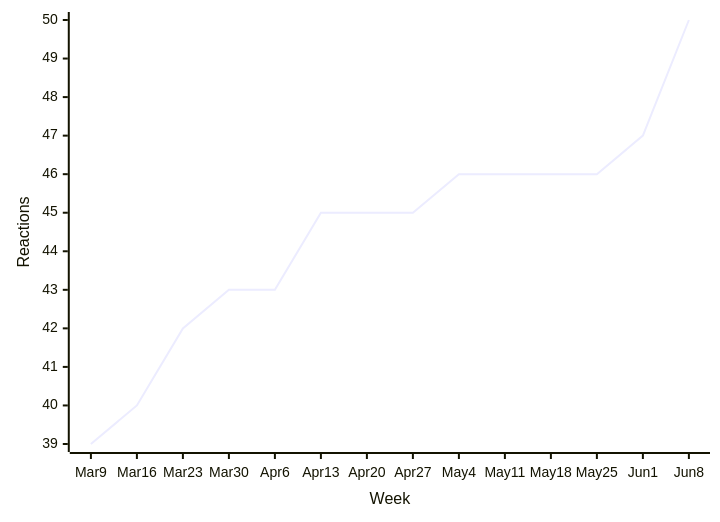
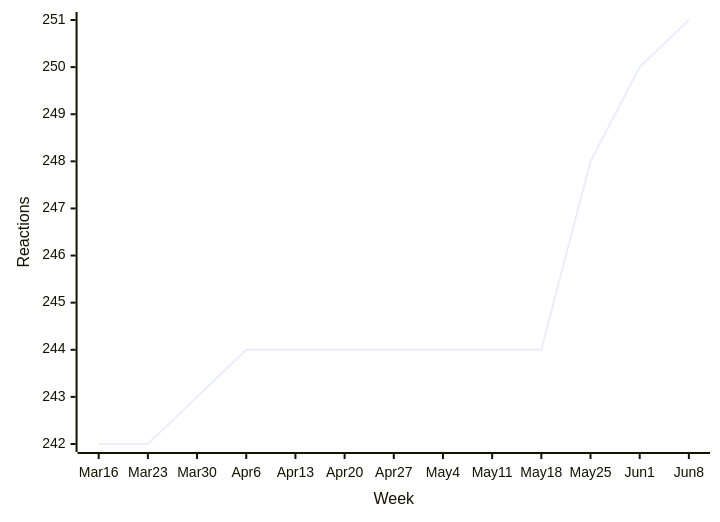
Before and after one commit to loic-sharma/github-insights: diagram 14 of 45 in README.md, drawn with Mermaid. The commit also changed other lines of this file and 3 other files, not shown here.

````diff
--- a/README.md
+++ b/README.md
@@ -560,6 +560,6 @@
   ```mermaid
   xychart-beta
-    x-axis "Week" [Mar 9, Mar 16, Mar 23, Mar 30, Apr 6, Apr 13, Apr 20, Apr 27, May 4, May 11, May 18, May 25, Jun 1, Jun 8]
+    x-axis "Week" [Mar 16, Mar 23, Mar 30, Apr 6, Apr 13, Apr 20, Apr 27, May 4, May 11, May 18, May 25, Jun 1, Jun 8]
     y-axis "Reactions"
-    line [39, 40, 42, 43, 43, 45, 45, 45, 46, 46, 46, 46, 47, 50]
+    line [242, 242, 243, 244, 244, 244, 244, 244, 244, 244, 248, 250, 251]
   ```
````
